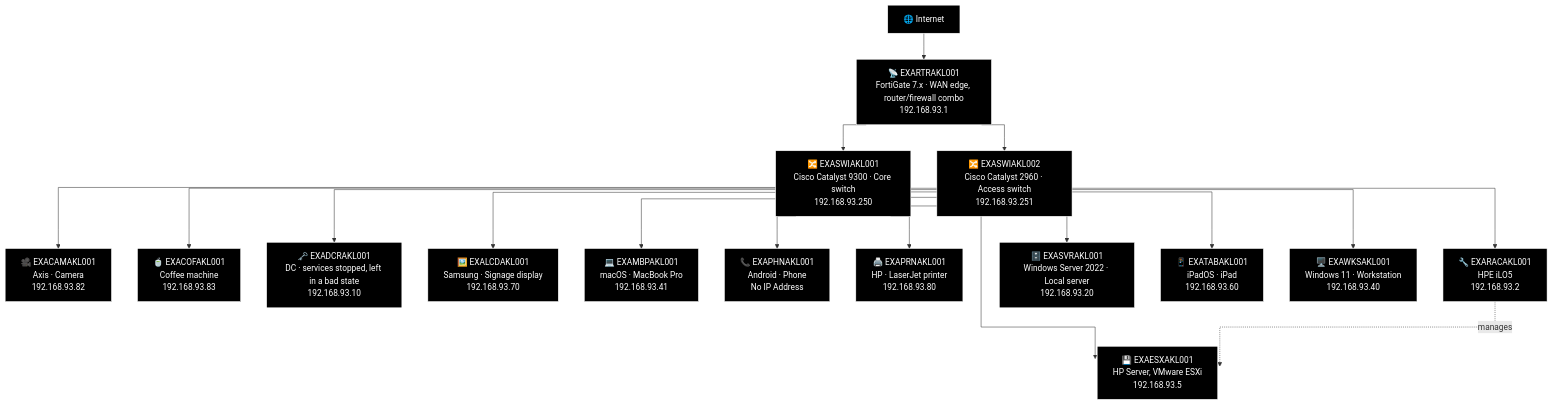
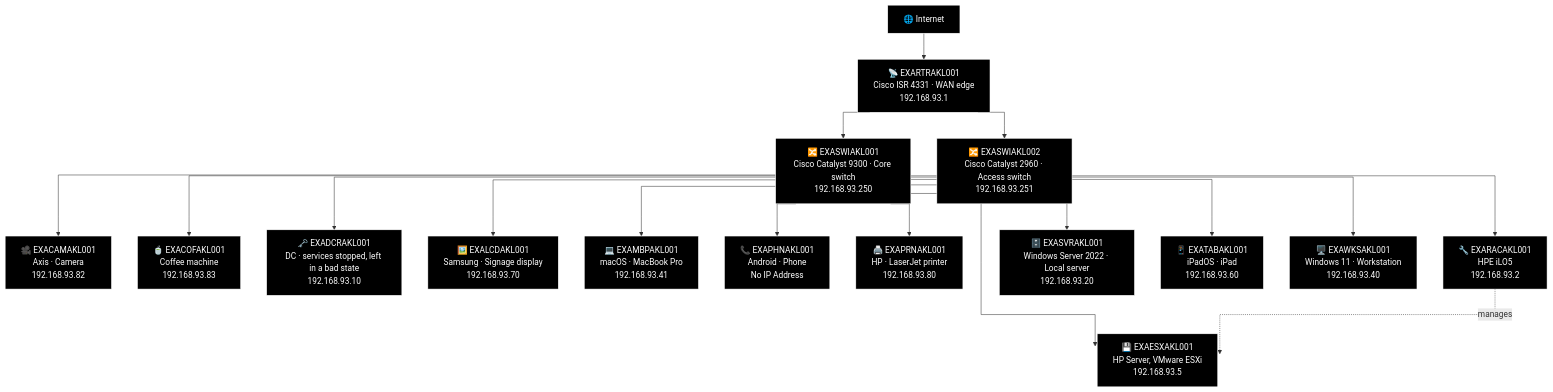
One commit to knightmare2600/example_music_infra changed the first of 3 diagrams in docs/network-diagram/new-zealand.md. Above: the diagram before and after it, drawn with Mermaid. The commit also changed other lines of this file and 19 other files, not shown here.

````diff
--- a/docs/network-diagram/new-zealand.md
+++ b/docs/network-diagram/new-zealand.md
@@ -29,55 +29,55 @@
 ```mermaid
 %% GENERATED:OLDNETWORK:AKL:START
 %%{init: {'flowchart': {'curve': 'stepAfter'}}}%%
 graph TD
     O_INET["🌐 Internet"]
-    O_RTR["📡 EXARTRAKL001<br/>FortiGate 7.x · WAN edge, router/firewall combo<br/>192.168.93.1"]
+    O_RTR["📡 EXARTRAKL001<br/>Cisco ISR 4331 · WAN edge<br/>192.168.93.1"]
     O_SWI1["🔀 EXASWIAKL001<br/>Cisco Catalyst 9300 · Core switch<br/>192.168.93.250"]
     O_SWI2["🔀 EXASWIAKL002<br/>Cisco Catalyst 2960 · Access switch<br/>192.168.93.251"]
     O_CAM["🎥 EXACAMAKL001<br/>Axis · Camera<br/>192.168.93.82"]
     O_COF["🍵 EXACOFAKL001<br/>Coffee machine<br/>192.168.93.83"]
     O_DCR["🗝️ EXADCRAKL001<br/>DC · services stopped, left in a bad state<br/>192.168.93.10"]
     O_ESX["💾 EXAESXAKL001<br/>HP Server, VMware ESXi<br/>192.168.93.5"]
     O_LCD["🖼️ EXALCDAKL001<br/>Samsung · Signage display<br/>192.168.93.70"]
     O_MBP["💻 EXAMBPAKL001<br/>macOS · MacBook Pro<br/>192.168.93.41"]
     O_PHN["📞 EXAPHNAKL001<br/>Android · Phone<br/>No IP Address"]
     O_PRN["🖨️ EXAPRNAKL001<br/>HP · LaserJet printer<br/>192.168.93.80"]
     O_RAC["🔧 EXARACAKL001<br/>HPE iLO5<br/>192.168.93.2"]
     O_SVR["🗄️ EXASVRAKL001<br/>Windows Server 2022 · Local server<br/>192.168.93.20"]
     O_TAB["📱 EXATABAKL001<br/>iPadOS · iPad<br/>192.168.93.60"]
     O_WKS["🖥️ EXAWKSAKL001<br/>Windows 11 · Workstation<br/>192.168.93.40"]
     O_INET --> O_RTR
     O_RTR --> O_SWI1
     O_RTR --> O_SWI2
     O_SWI1 --> O_CAM
     O_SWI1 --> O_COF
     O_SWI1 --> O_DCR
     O_SWI1 --> O_ESX
     O_SWI1 --> O_LCD
     O_SWI1 --> O_MBP
     O_SWI1 --> O_PHN
     O_SWI1 --> O_PRN
     O_SWI1 --> O_RAC
     O_RAC -.->|"manages"| O_ESX
     O_SWI1 --> O_SVR
     O_SWI1 --> O_TAB
     O_SWI1 --> O_WKS
 
     style O_INET fill:#000000,stroke:#FFFFFF,color:#FFFFFF
     style O_RTR fill:#000000,stroke:#FFFFFF,color:#FFFFFF
     style O_SWI1 fill:#000000,stroke:#FFFFFF,color:#FFFFFF
     style O_SWI2 fill:#000000,stroke:#FFFFFF,color:#FFFFFF
     style O_CAM fill:#000000,stroke:#FFFFFF,color:#FFFFFF
     style O_COF fill:#000000,stroke:#FFFFFF,color:#FFFFFF
     style O_DCR fill:#000000,stroke:#FFFFFF,color:#FFFFFF
     style O_ESX fill:#000000,stroke:#FFFFFF,color:#FFFFFF
     style O_LCD fill:#000000,stroke:#FFFFFF,color:#FFFFFF
     style O_MBP fill:#000000,stroke:#FFFFFF,color:#FFFFFF
     style O_PHN fill:#000000,stroke:#FFFFFF,color:#FFFFFF
     style O_PRN fill:#000000,stroke:#FFFFFF,color:#FFFFFF
     style O_RAC fill:#000000,stroke:#FFFFFF,color:#FFFFFF
     style O_SVR fill:#000000,stroke:#FFFFFF,color:#FFFFFF
     style O_TAB fill:#000000,stroke:#FFFFFF,color:#FFFFFF
     style O_WKS fill:#000000,stroke:#FFFFFF,color:#FFFFFF
 %% GENERATED:OLDNETWORK:AKL:END
 ```
````
